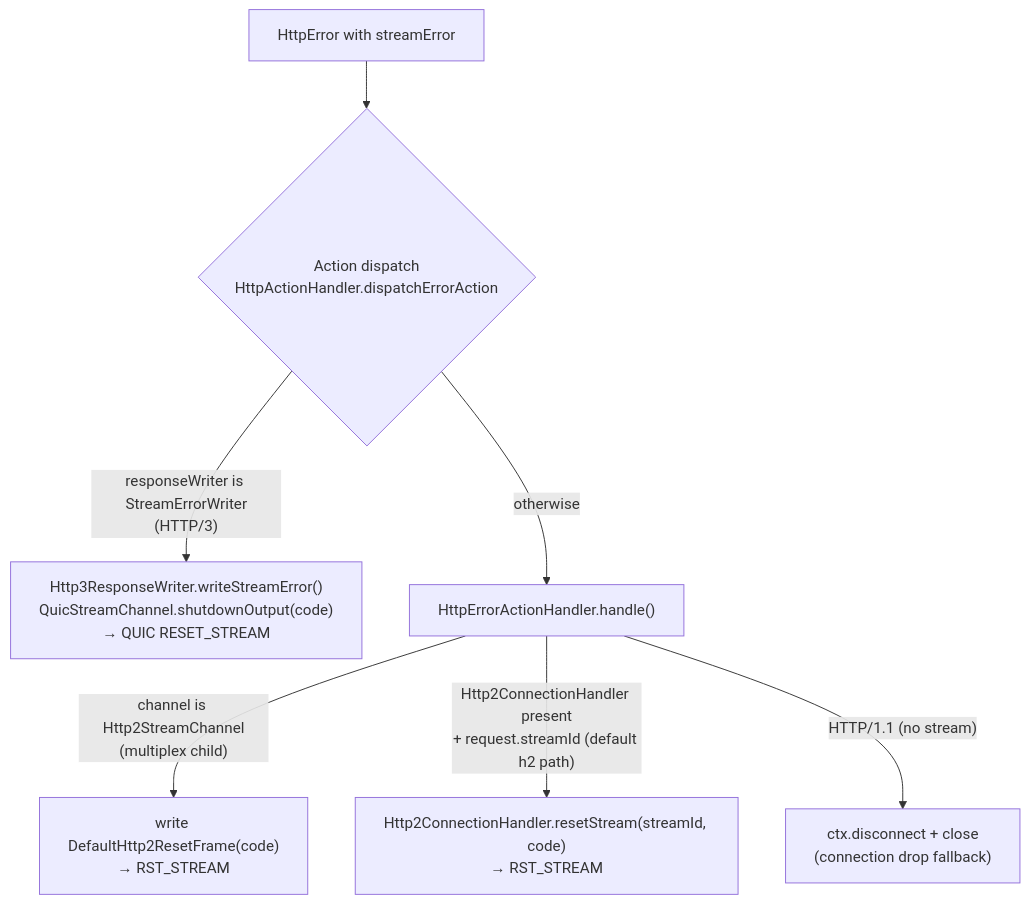
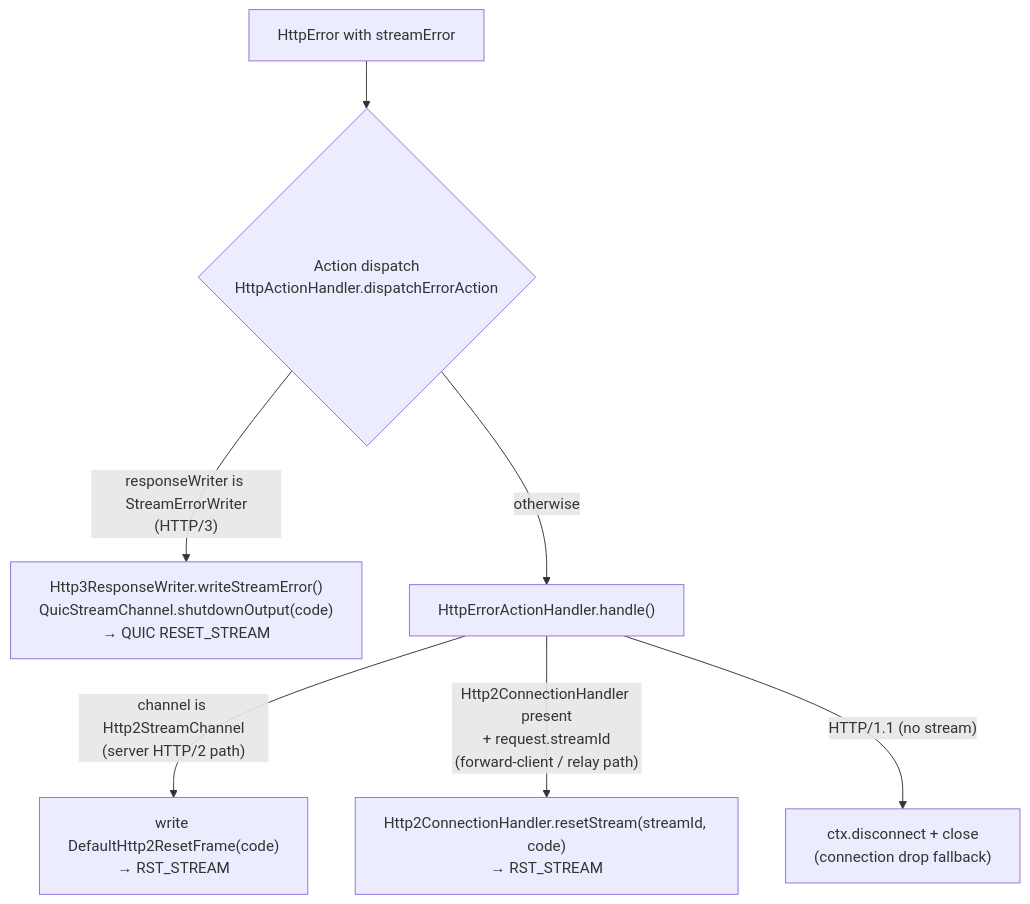
One commit to mock-server/mockserver-monorepo changed diagram 12 of 18 in docs/code/netty-pipeline.md. Above: the diagram before and after it, drawn with Mermaid. The commit also changed other lines of this file and 10 other files, not shown here.

````diff
--- a/docs/code/netty-pipeline.md
+++ b/docs/code/netty-pipeline.md
@@ -619,9 +579,9 @@
 ```mermaid
 flowchart TD
     A["HttpError with streamError"] --> D{"Action dispatch\nHttpActionHandler.dispatchErrorAction"}
     D -->|"responseWriter is StreamErrorWriter\n(HTTP/3)"| H3["Http3ResponseWriter.writeStreamError()\nQuicStreamChannel.shutdownOutput(code)\n→ QUIC RESET_STREAM"]
     D -->|"otherwise"| HEH["HttpErrorActionHandler.handle()"]
-    HEH -->|"channel is Http2StreamChannel\n(multiplex child)"| MUX["write DefaultHttp2ResetFrame(code)\n→ RST_STREAM"]
-    HEH -->|"Http2ConnectionHandler present\n+ request.streamId (default h2 path)"| CONN["Http2ConnectionHandler.resetStream(streamId, code)\n→ RST_STREAM"]
+    HEH -->|"channel is Http2StreamChannel\n(server HTTP/2 path)"| MUX["write DefaultHttp2ResetFrame(code)\n→ RST_STREAM"]
+    HEH -->|"Http2ConnectionHandler present\n+ request.streamId\n(forward-client / relay path)"| CONN["Http2ConnectionHandler.resetStream(streamId, code)\n→ RST_STREAM"]
     HEH -->|"HTTP/1.1 (no stream)"| DROP["ctx.disconnect + close\n(connection drop fallback)"]
 ```
````
